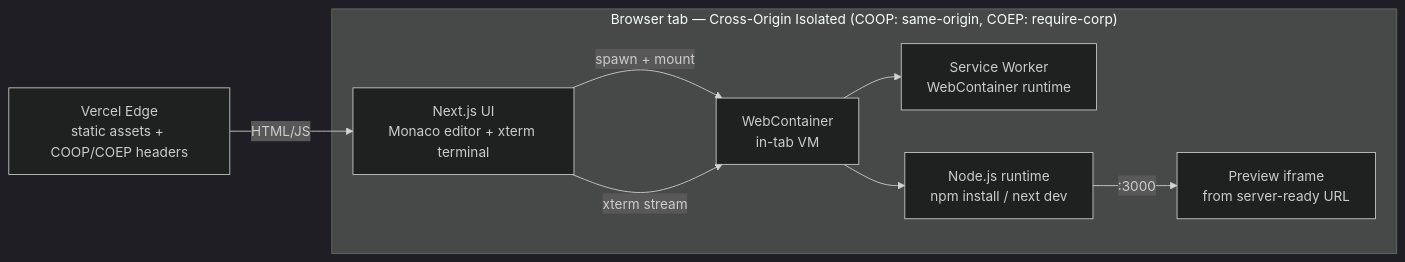
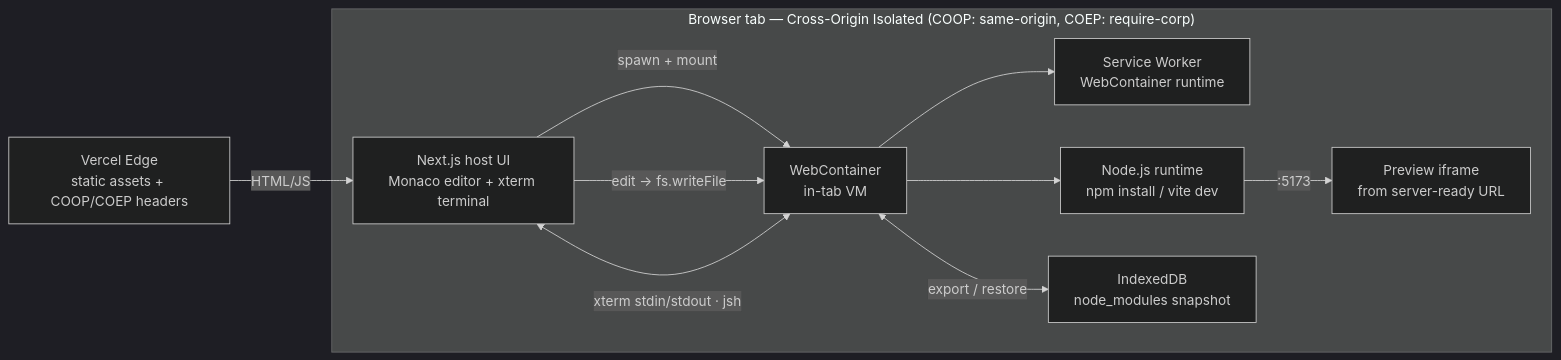
One commit to ykstorm/codecraft-ai changed the diagram in README.md. Above: the diagram before and after it, drawn with Mermaid (dark theme). The commit also changed other lines of this file and 63 other files, not shown here.

````diff
--- a/README.md
+++ b/README.md
@@ -25,17 +27,20 @@
 ```mermaid
 flowchart LR
     CDN["Vercel Edge<br/>static assets + COOP/COEP headers"]
     subgraph Browser["Browser tab — Cross-Origin Isolated (COOP: same-origin, COEP: require-corp)"]
-        UI["Next.js UI<br/>Monaco editor + xterm terminal"]
+        UI["Next.js host UI<br/>Monaco editor + xterm terminal"]
         SW["Service Worker<br/>WebContainer runtime"]
         WC["WebContainer<br/>in-tab VM"]
-        NODE["Node.js runtime<br/>npm install / next dev"]
+        NODE["Node.js runtime<br/>npm install / vite dev"]
+        IDB["IndexedDB<br/>node_modules snapshot"]
         IFR["Preview iframe<br/>from server-ready URL"]
         UI -->|spawn + mount| WC
         WC --> SW
         WC --> NODE
-        NODE -->|:3000| IFR
-        UI -->|xterm stream| WC
+        WC <-->|export / restore| IDB
+        NODE -->|:5173| IFR
+        UI -->|edit → fs.writeFile| WC
+        UI <-->|xterm stdin/stdout · jsh| WC
     end
     CDN -->|HTML/JS| UI
 ```
````
